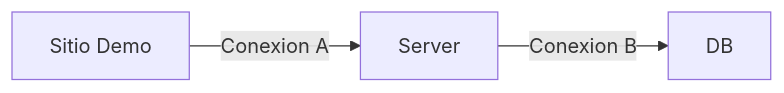
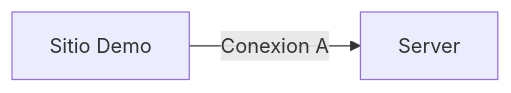
One commit to edajua/hndcovid changed the diagram in README.md. Above: the diagram before and after it, drawn with Mermaid.

Commit message:
Sitio Demo

````diff
--- a/README.md
+++ b/README.md
@@ -8,5 +8,5 @@
 ```mermaid
 graph LR
 A[Sitio Demo] -- Conexion A --> B[Server]
-B -- Conexion B --> D[DB]
+
 ```
````
